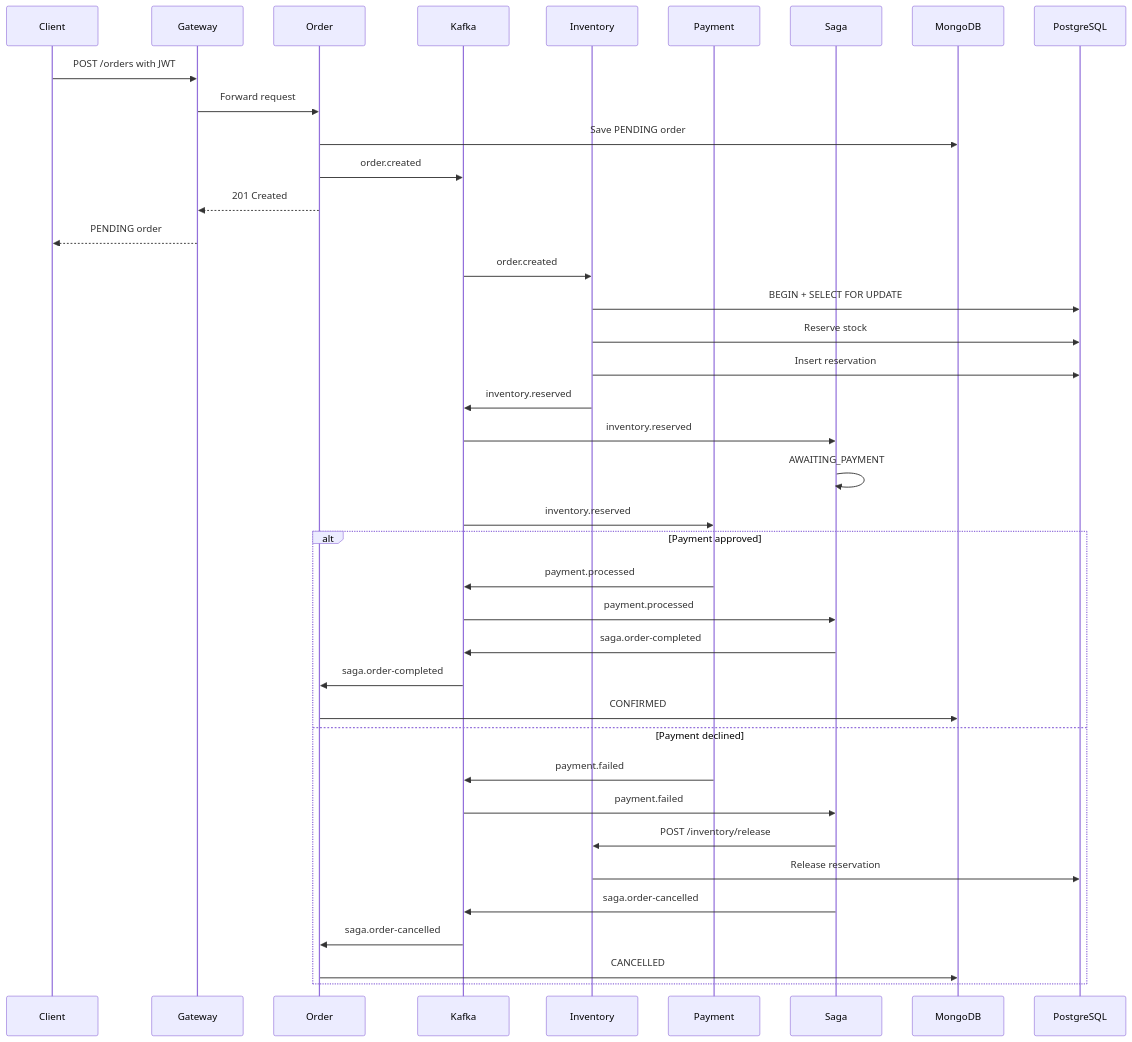
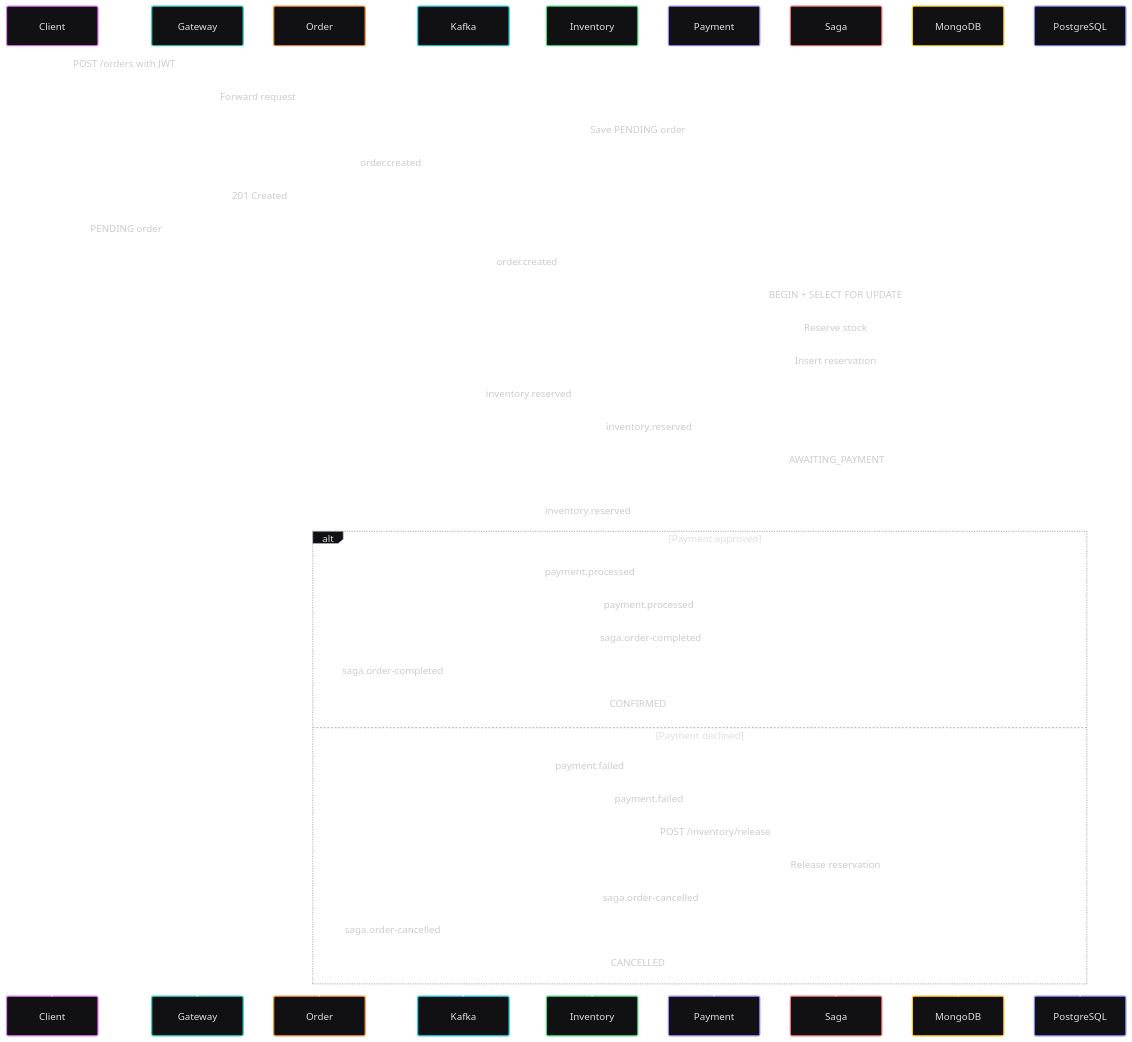
Before and after one commit to Raj2367/stocksync: the diagram in README.md, drawn with Mermaid.

Commit message:
Enhance README with mermaid diagram configuration
Add mermaid configuration for sequence diagrams in README.

````diff
--- a/README.md
+++ b/README.md
@@ -15,46 +15,54 @@
 ```mermaid
+---
+config:
+  theme: redux-dark-color
+  look: handDrawn
+  fontFamily: '''Source Code Pro Variable'', monospace'
+  themeVariables:
+    fontFamily: '''Source Code Pro Variable'', monospace'
+---
 sequenceDiagram
     participant Client
     participant Gateway
     participant Order
     participant Kafka
     participant Inventory
     participant Payment
     participant Saga
     participant MongoDB
     participant PostgreSQL
 
     Client->>Gateway: POST /orders with JWT
     Gateway->>Order: Forward request
     Order->>MongoDB: Save PENDING order
     Order->>Kafka: order.created
     Order-->>Gateway: 201 Created
     Gateway-->>Client: PENDING order
 
     Kafka->>Inventory: order.created
     Inventory->>PostgreSQL: BEGIN + SELECT FOR UPDATE
     Inventory->>PostgreSQL: Reserve stock
     Inventory->>PostgreSQL: Insert reservation
     Inventory->>Kafka: inventory.reserved
 
     Kafka->>Saga: inventory.reserved
     Saga->>Saga: AWAITING_PAYMENT
 
     Kafka->>Payment: inventory.reserved
 
     alt Payment approved
         Payment->>Kafka: payment.processed
         Kafka->>Saga: payment.processed
         Saga->>Kafka: saga.order-completed
         Kafka->>Order: saga.order-completed
         Order->>MongoDB: CONFIRMED
     else Payment declined
         Payment->>Kafka: payment.failed
         Kafka->>Saga: payment.failed
         Saga->>Inventory: POST /inventory/release
         Inventory->>PostgreSQL: Release reservation
         Saga->>Kafka: saga.order-cancelled
         Kafka->>Order: saga.order-cancelled
         Order->>MongoDB: CANCELLED
     end
 ```
````
